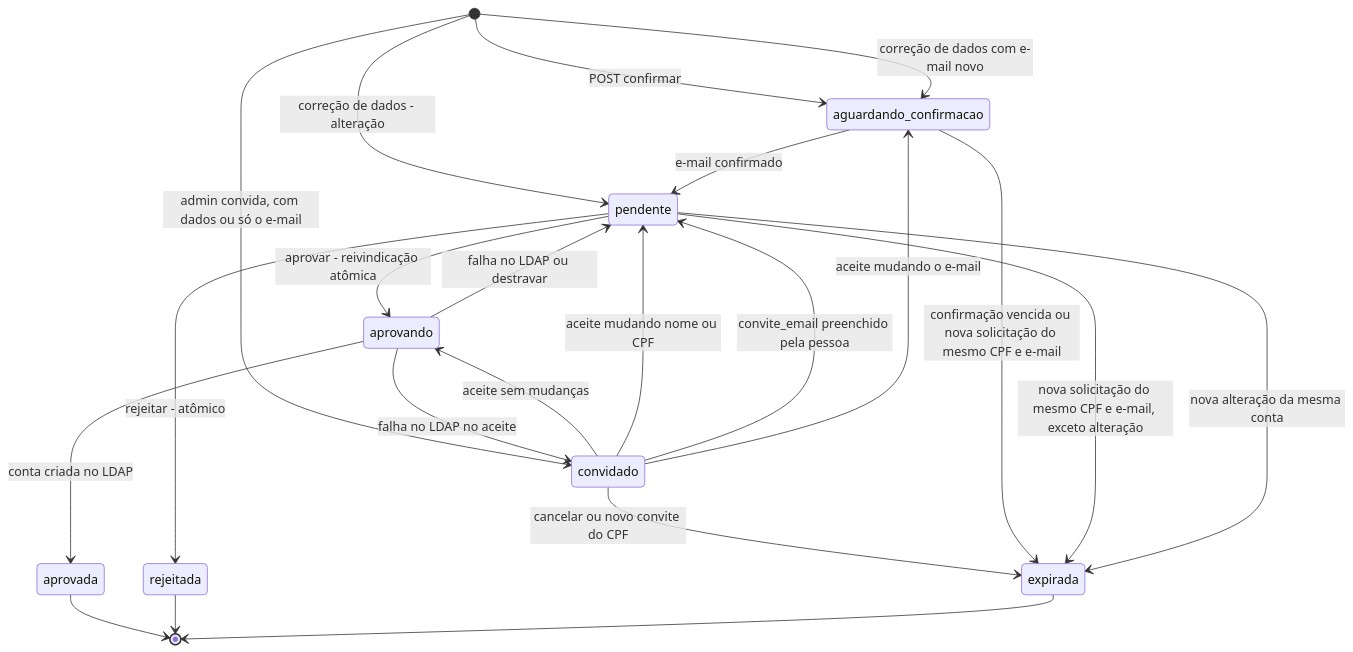
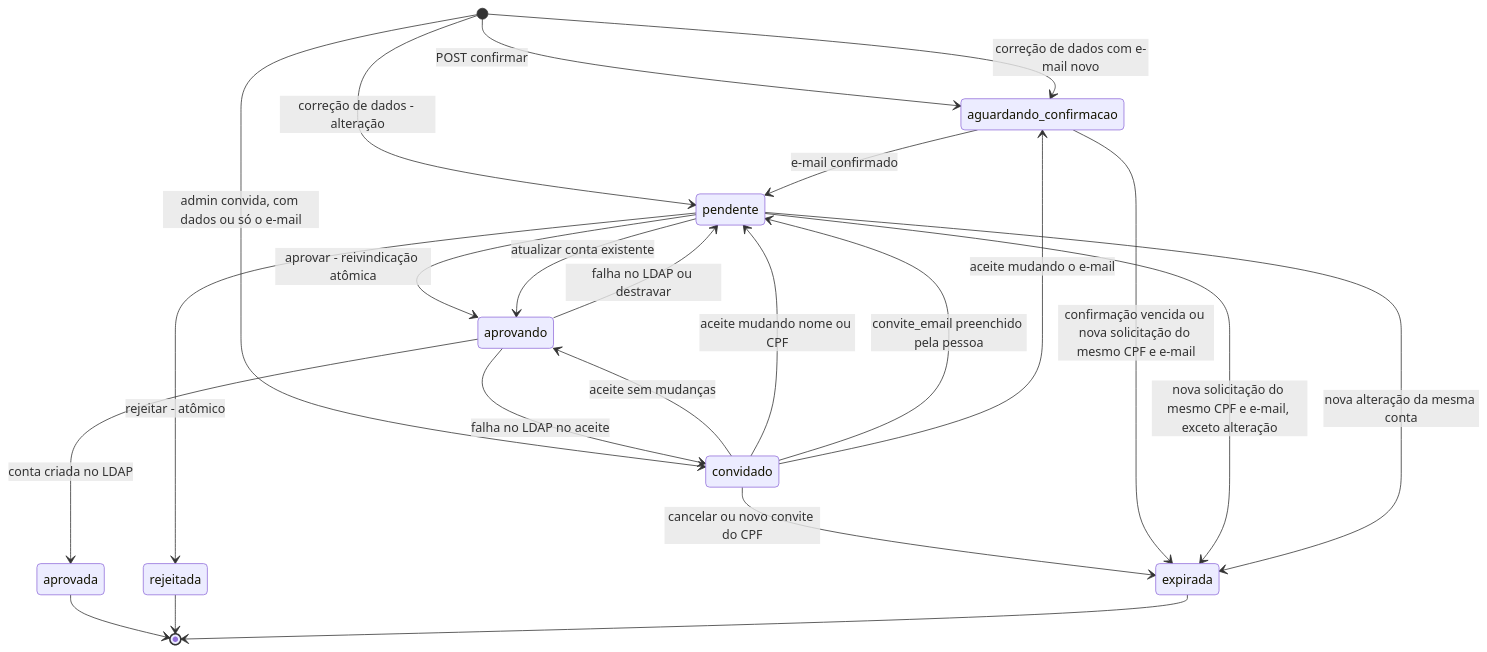
Diagram 15 of 15 in docs/ARQUITETURA.md (marcelofmatos/ldap-self-signup), drawn with Mermaid before and after one commit. The commit also changed other lines of this file and 1 other file, not shown here.

Commit message:
docs: atualizar conta existente a partir da solicitação

````diff
--- a/docs/ARQUITETURA.md
+++ b/docs/ARQUITETURA.md
@@ -514,24 +547,25 @@
 ```mermaid
 stateDiagram-v2
   [*] --> aguardando_confirmacao: POST confirmar
   [*] --> convidado: admin convida, com dados ou só o e-mail
   [*] --> pendente: correção de dados - alteração
   [*] --> aguardando_confirmacao: correção de dados com e-mail novo
   convidado --> aprovando: aceite sem mudanças
   convidado --> pendente: aceite mudando nome ou CPF
   convidado --> pendente: convite_email preenchido pela pessoa
   convidado --> aguardando_confirmacao: aceite mudando o e-mail
   convidado --> expirada: cancelar ou novo convite do CPF
   aprovando --> convidado: falha no LDAP no aceite
   aguardando_confirmacao --> pendente: e-mail confirmado
   aguardando_confirmacao --> expirada: confirmação vencida ou nova solicitação do mesmo CPF e e-mail
   pendente --> expirada: nova solicitação do mesmo CPF e e-mail, exceto alteração
   pendente --> expirada: nova alteração da mesma conta
   pendente --> aprovando: aprovar - reivindicação atômica
+  pendente --> aprovando: atualizar conta existente
   pendente --> rejeitada: rejeitar - atômico
   aprovando --> aprovada: conta criada no LDAP
   aprovando --> pendente: falha no LDAP ou destravar
   aprovada --> [*]
   rejeitada --> [*]
   expirada --> [*]
 ```
````
